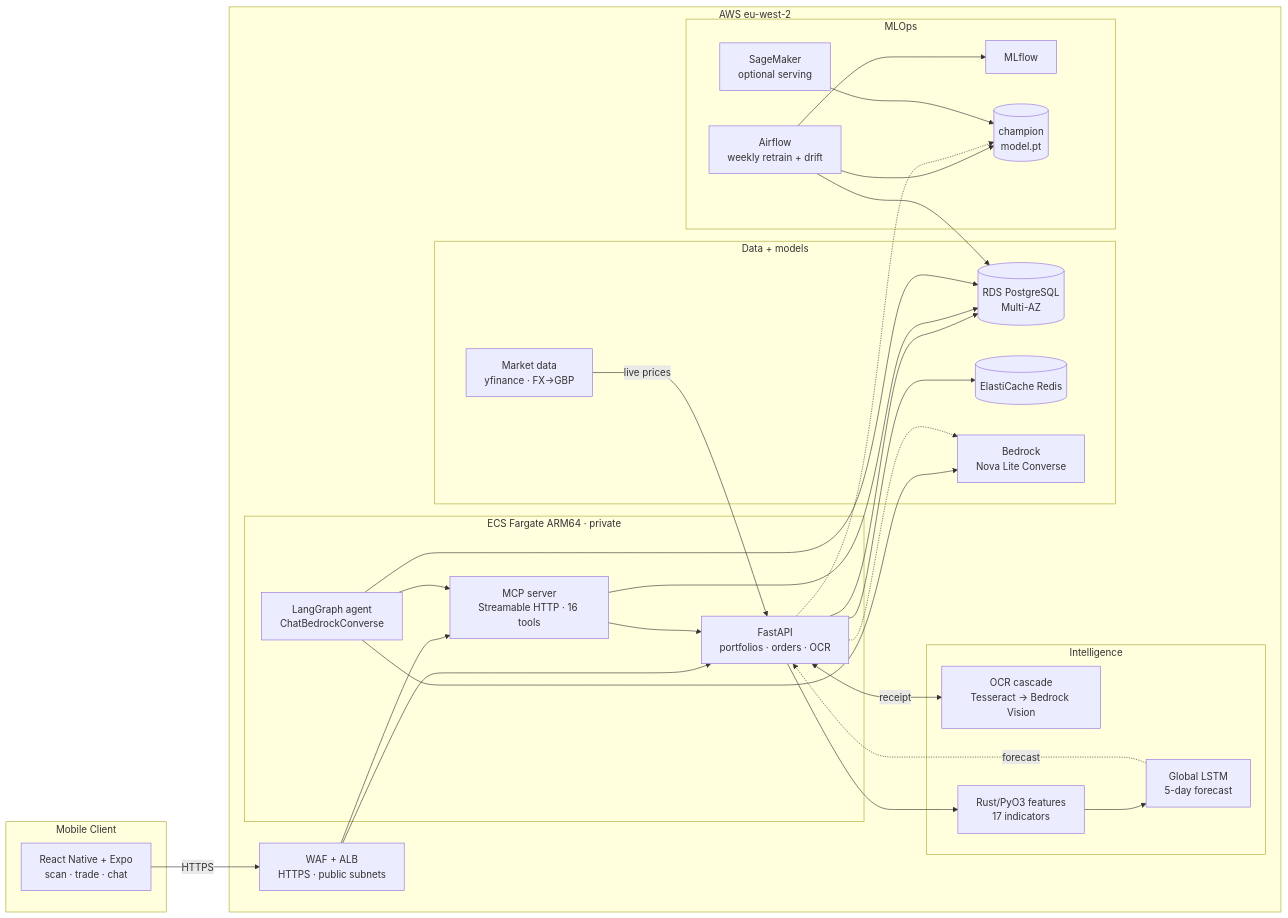
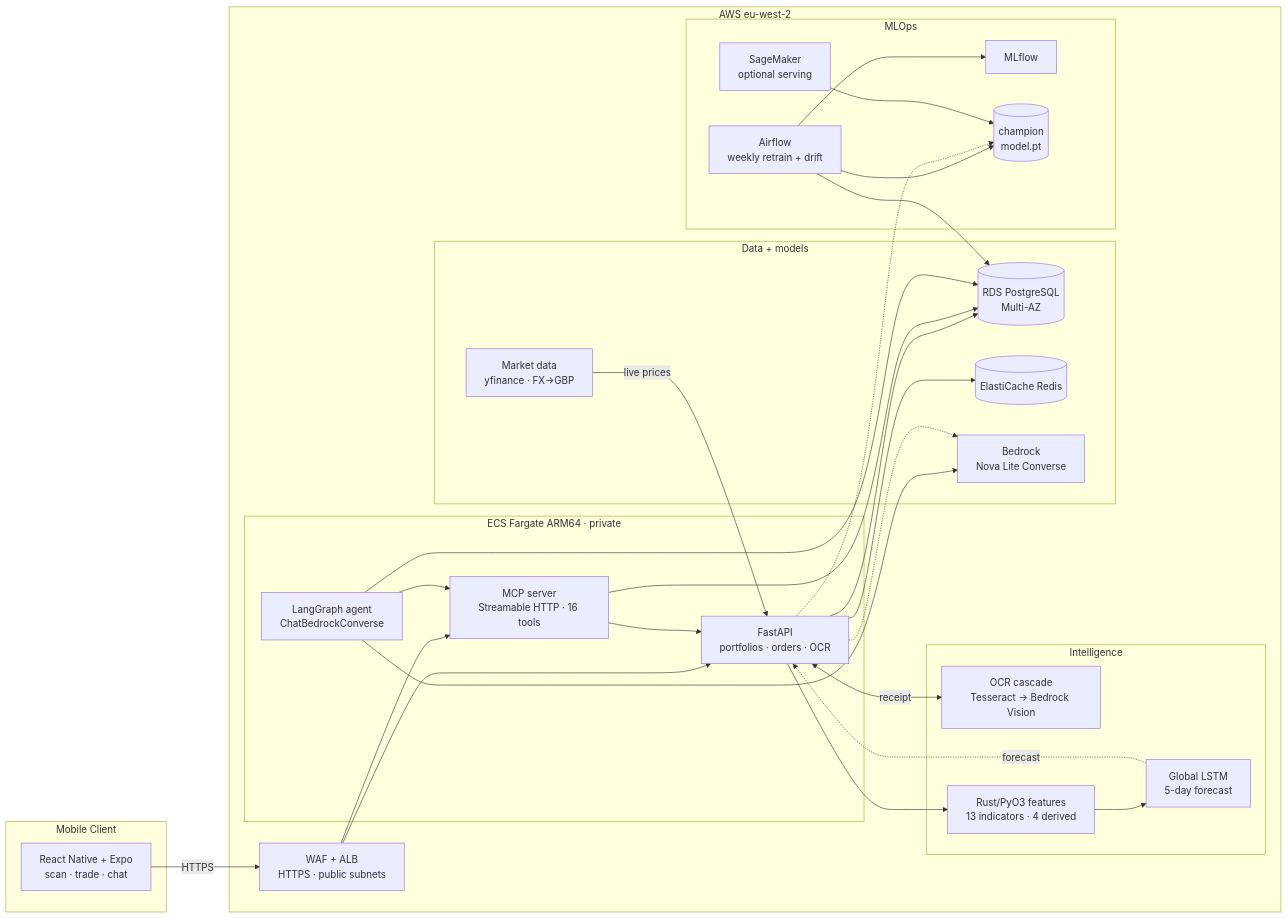
Before and after one commit to AhmedIkram05/stocklens: the diagram in README.md, drawn with Mermaid. The commit also changed other lines of this file and 4 other files, not shown here.

````diff
--- a/README.md
+++ b/README.md
@@ -53,57 +53,57 @@
 ```mermaid
 flowchart LR
     subgraph Client["Mobile Client"]
         RN["React Native + Expo<br/>scan · trade · chat"]
     end
 
     subgraph AWS["AWS eu-west-2"]
         WAF["WAF + ALB<br/>HTTPS · public subnets"]
 
         subgraph App["ECS Fargate ARM64 · private"]
             API["FastAPI<br/>portfolios · orders · OCR"]
             MCP["MCP server<br/>Streamable HTTP · 16 tools"]
             AGENT["LangGraph agent<br/>ChatBedrockConverse"]
         end
 
         subgraph Brain["Intelligence"]
             OCR["OCR cascade<br/>Tesseract → Bedrock Vision"]
-            RUST["Rust/PyO3 features<br/>17 indicators"]
+            RUST["Rust/PyO3 features<br/>13 indicators · 4 derived"]
             LSTM["Global LSTM<br/>5-day forecast"]
         end
 
         subgraph Data["Data + models"]
             RDS[("RDS PostgreSQL<br/>Multi-AZ")]
             REDIS[("ElastiCache Redis")]
             BEDROCK["Bedrock<br/>Nova Lite Converse"]
             MKT["Market data<br/>yfinance · FX→GBP"]
         end
 
         subgraph MLOPS["MLOps"]
             AF["Airflow<br/>weekly retrain + drift"]
             MLF["MLflow"]
             CHAMPION[("champion<br/>model.pt")]
             SM["SageMaker<br/>optional serving"]
         end
     end
 
     RN -->|HTTPS| WAF
     WAF --> API
     WAF --> MCP
     API <-->|receipt| OCR
     API --> RUST --> LSTM
     LSTM -.->|forecast| API
     MCP --> API
     AGENT --> MCP
     AGENT --> BEDROCK
     API -.-> BEDROCK
     API --> RDS
     API --> REDIS
     MKT -->|live prices| API
     MCP --> RDS
     AGENT --> RDS
     AF --> MLF
     AF --> RDS
     AF --> CHAMPION
     API -.-> CHAMPION
     SM --> CHAMPION
 ```
````
